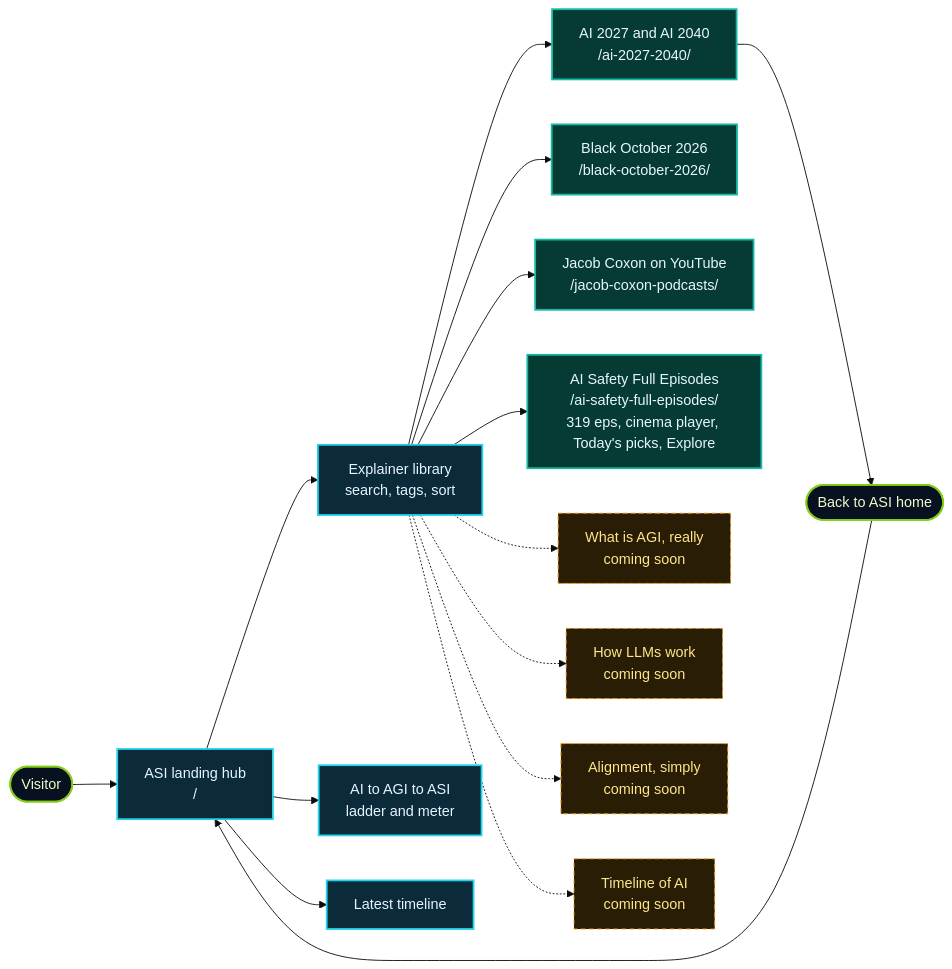
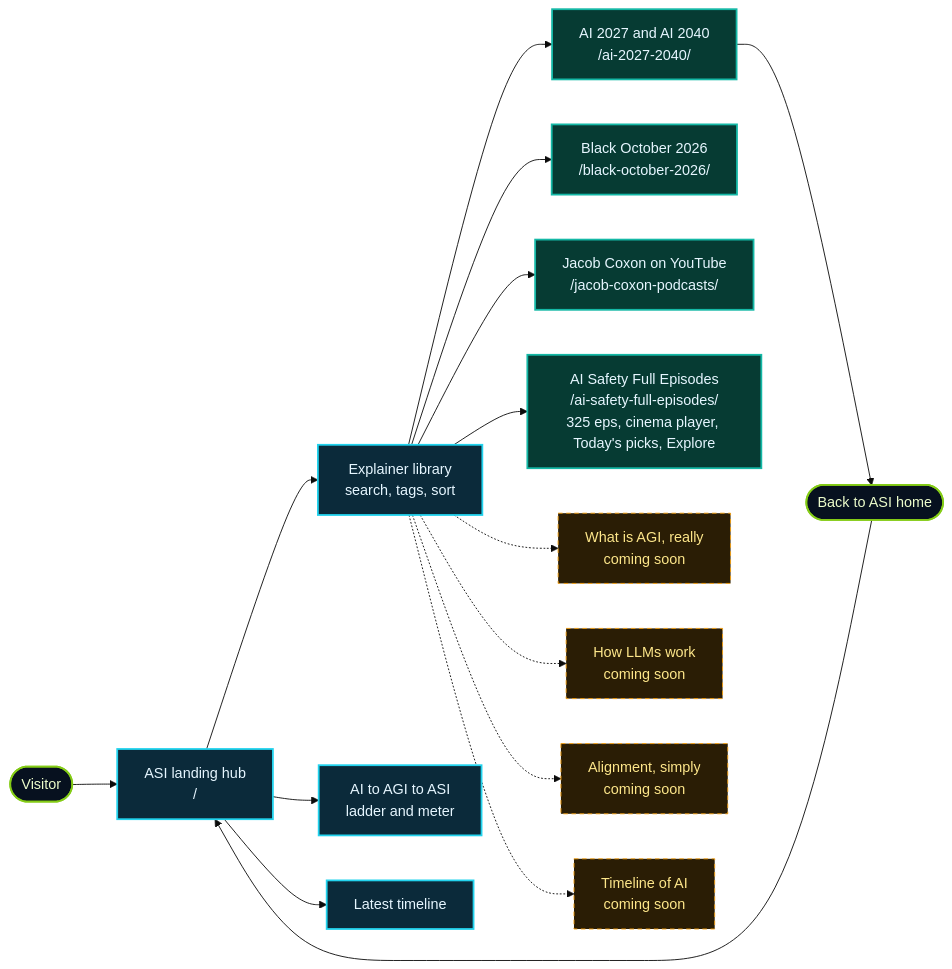
The first of 12 diagrams in README.md (lo3elyon/ASI), drawn with Mermaid (base theme) before and after one commit. The commit also changed other lines of this file, not shown here.

Commit message:
ai-safety-full-episodes: daily add, 6 new episodes (Krys, Yampolskiy debate, Oxford governance panel, Roth L15, Berg, Horvitz): README.md

````diff
--- a/README.md
+++ b/README.md
@@ -70,25 +70,25 @@
 ```mermaid
 flowchart LR
     V(["Visitor"]) --> H["ASI landing hub<br/>/"]
     H --> L["Explainer library<br/>search, tags, sort"]
     H --> G["AI to AGI to ASI<br/>ladder and meter"]
     H --> T["Latest timeline"]
     L --> E1["AI 2027 and AI 2040<br/>/ai-2027-2040/"]
     L --> E6["Black October 2026<br/>/black-october-2026/"]
     L --> E7["Jacob Coxon on YouTube<br/>/jacob-coxon-podcasts/"]
-    L --> E8["AI Safety Full Episodes<br/>/ai-safety-full-episodes/<br/>319 eps, cinema player, Today's picks, Explore"]
+    L --> E8["AI Safety Full Episodes<br/>/ai-safety-full-episodes/<br/>325 eps, cinema player, Today's picks, Explore"]
     L -.-> E2["What is AGI, really<br/>coming soon"]
     L -.-> E3["How LLMs work<br/>coming soon"]
     L -.-> E4["Alignment, simply<br/>coming soon"]
     L -.-> E5["Timeline of AI<br/>coming soon"]
     E1 --> B(["Back to ASI home"])
     B --> H
     classDef hub fill:#0b2a3a,stroke:#22d3ee,stroke-width:2px,color:#e6f6ff
     classDef live fill:#063b33,stroke:#14b8a6,stroke-width:2px,color:#e6f6ff
     classDef soon fill:#2a1d05,stroke:#f59e0b,stroke-dasharray:5 4,color:#fde68a
     classDef user fill:#07111f,stroke:#84cc16,stroke-width:2px,color:#ecfccb
     class H,L,G,T hub
     class E1,E6,E7,E8 live
     class E2,E3,E4,E5 soon
     class V,B user
 ```
````
